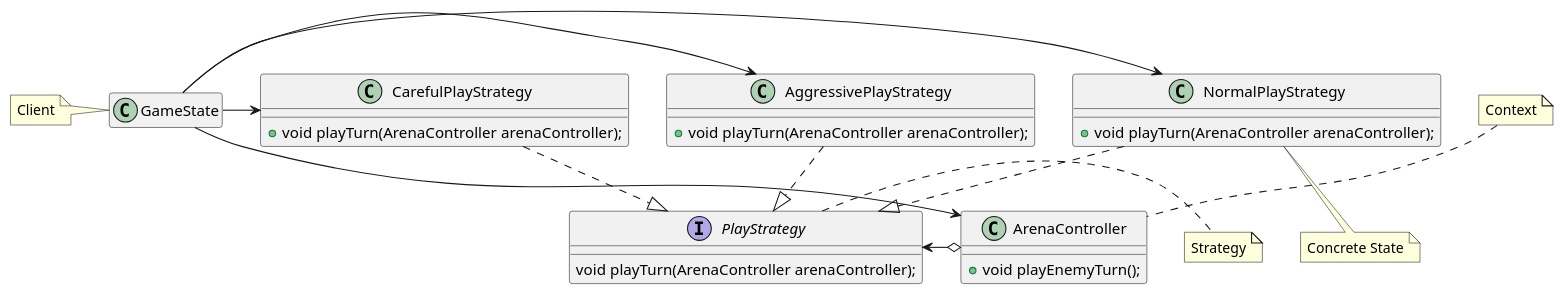
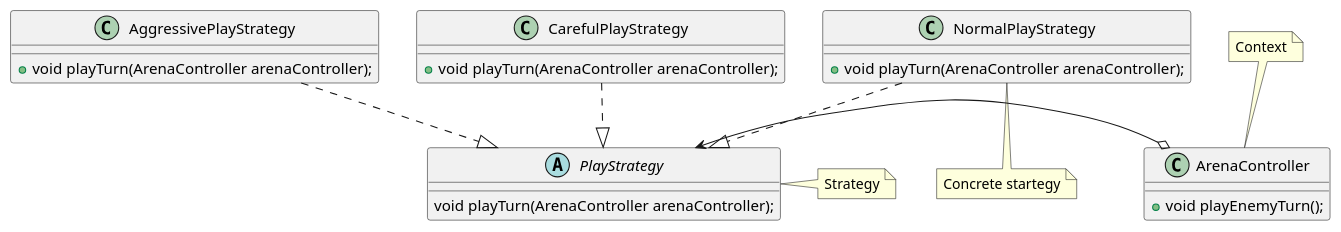
Before and after one commit to TsarkFC/lpoo-proj: the diagram in docs/uml/Strategy.puml, drawn with PlantUML. The commit also changed 9 other files, not shown here.

```diff
--- a/docs/uml/Strategy.puml
+++ b/docs/uml/Strategy.puml
@@ -1,49 +1,38 @@
 @startuml strategy
 
-interface PlayStrategy {
+abstract class PlayStrategy {
     void playTurn(ArenaController arenaController);
 }
 note right 
 Strategy
 end note
 
 class ArenaController{
     + void playEnemyTurn();
 }
 note top
 Context
 end note
 
 class NormalPlayStrategy{
     + void playTurn(ArenaController arenaController);
 }
 note bottom
-Concrete State
+Concrete startegy
 end note
 
 class AggressivePlayStrategy{
     + void playTurn(ArenaController arenaController);
 }
 class CarefulPlayStrategy{
     + void playTurn(ArenaController arenaController);
 }
-class GameState {}
-hide GameState members
-
-note left
-Client
-end note
 
 PlayStrategy <-right-o ArenaController
-
-GameState -> ArenaController
-GameState -> NormalPlayStrategy
-GameState -> CarefulPlayStrategy
-GameState -> AggressivePlayStrategy
 
 skinparam groupInheritance 3
 
 NormalPlayStrategy ..|> PlayStrategy
 AggressivePlayStrategy..|> PlayStrategy
 CarefulPlayStrategy ..|> PlayStrategy
 @enduml
```
